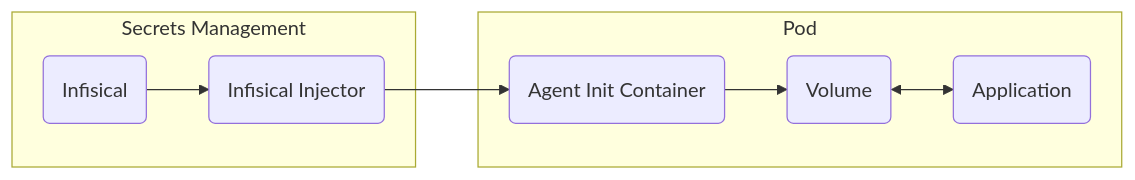
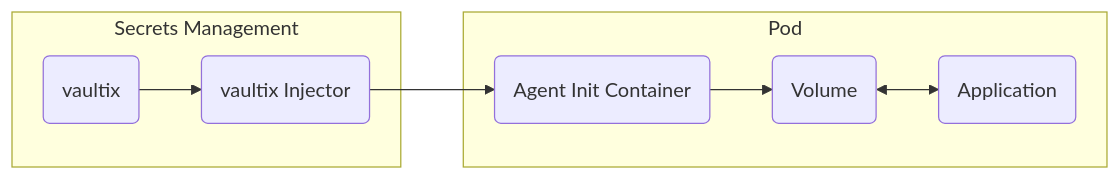
One commit to shippinAI/vaultix changed the diagram in core/docs/integrations/platforms/kubernetes-injector.mdx. Above: the diagram before and after it, drawn with Mermaid. The commit also changed other lines of this file and 1202 other files, not shown here.

````diff
--- a/core/docs/integrations/platforms/kubernetes-injector.mdx
+++ b/core/docs/integrations/platforms/kubernetes-injector.mdx
@@ -22,13 +22,13 @@
 ```mermaid
 flowchart LR
     subgraph Secrets Management
-        SS(Infisical) --> INJ(Infisical Injector)
+        SS(vaultix) --> INJ(vaultix Injector)
     end
 
     subgraph Pod
         INJ --> INIT(Agent Init Container)
         INIT --> V(Volume)
         V <--> P(Application)
     end
     
 ```
````
